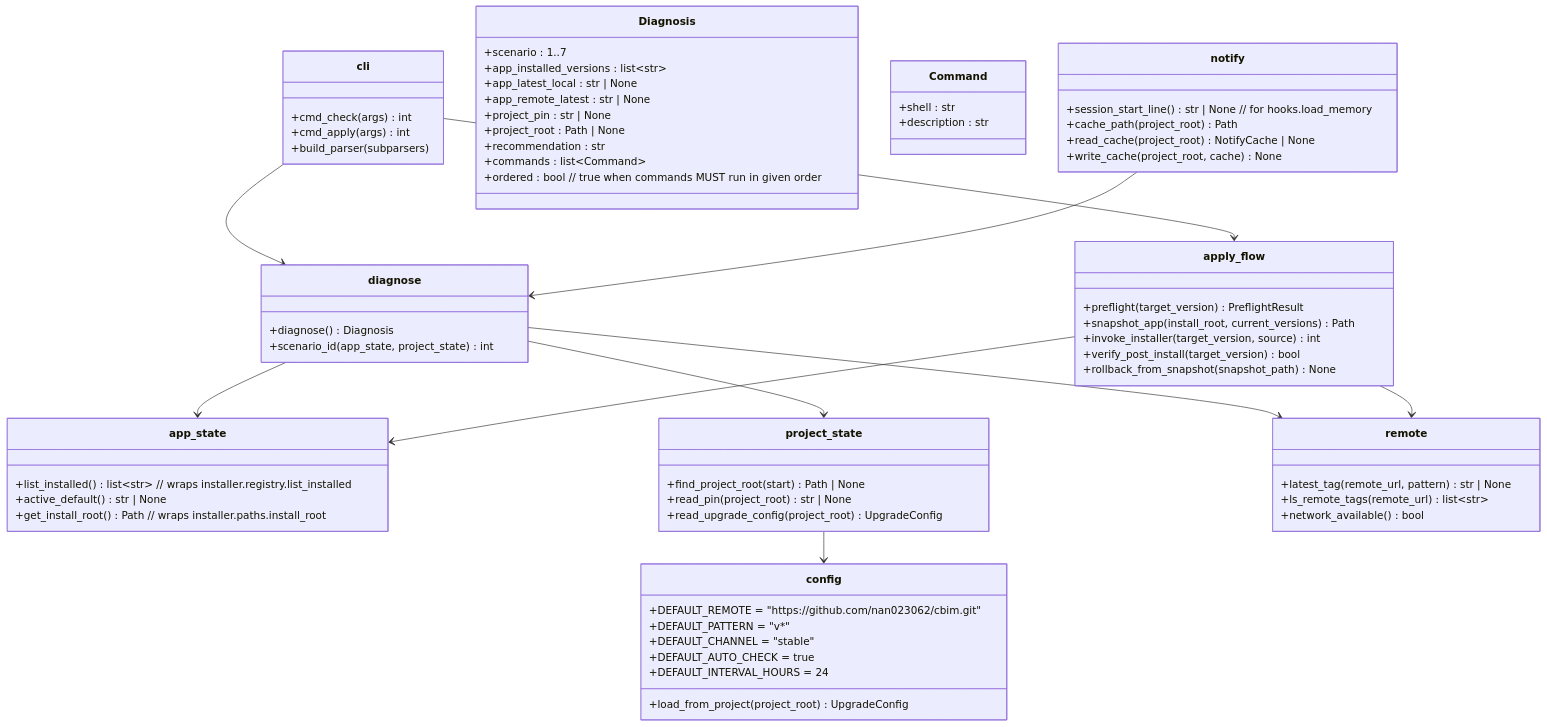
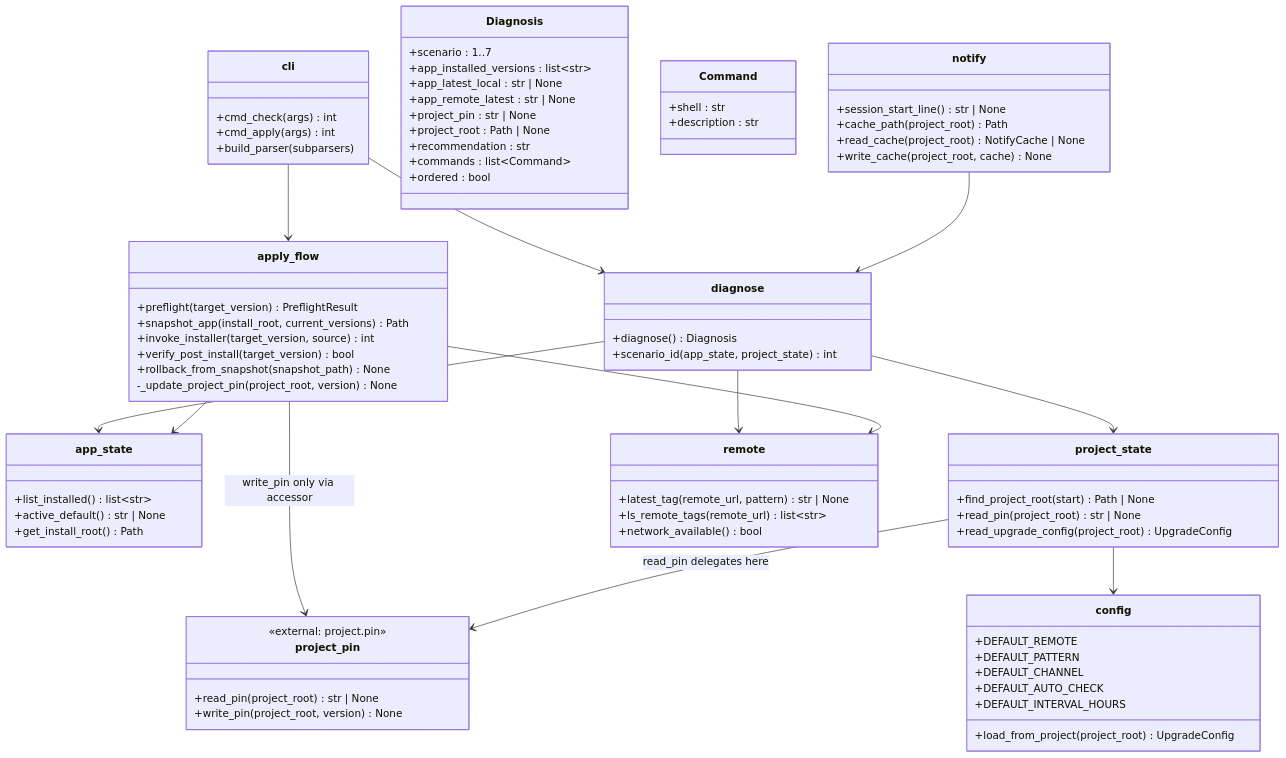
One commit to nan023062/agent-team-cc changed the diagram in v1/src/kernel/cbim_kernel/project/upgrade/.dna/module.md. Above: the diagram before and after it, drawn with Mermaid. The commit also changed other lines of this file and 11 other files, not shown here.

First line of the commit message:
release: v1.3.3 — extract project schema pin to .cbim/.pin

````diff
--- a/v1/src/kernel/cbim_kernel/project/upgrade/.dna/module.md
+++ b/v1/src/kernel/cbim_kernel/project/upgrade/.dna/module.md
@@ -15,73 +15,81 @@
 ```mermaid
 classDiagram
     class cli {
         +cmd_check(args) int
         +cmd_apply(args) int
         +build_parser(subparsers)
     }
     class diagnose {
         +diagnose() Diagnosis
         +scenario_id(app_state, project_state) int
     }
     class Diagnosis {
         +scenario : 1..7
         +app_installed_versions : list~str~
         +app_latest_local : str | None
         +app_remote_latest : str | None
         +project_pin : str | None
         +project_root : Path | None
         +recommendation : str
         +commands : list~Command~
-        +ordered : bool  // true when commands MUST run in given order
+        +ordered : bool
     }
     class Command {
         +shell : str
         +description : str
     }
     class app_state {
-        +list_installed() list~str~  // wraps installer.registry.list_installed
+        +list_installed() list~str~
         +active_default() str | None
-        +get_install_root() Path     // wraps installer.paths.install_root
+        +get_install_root() Path
     }
     class project_state {
         +find_project_root(start) Path | None
         +read_pin(project_root) str | None
         +read_upgrade_config(project_root) UpgradeConfig
+    }
+    class project_pin {
+        <<external: project.pin>>
+        +read_pin(project_root) str | None
+        +write_pin(project_root, version) None
     }
     class remote {
         +latest_tag(remote_url, pattern) str | None
         +ls_remote_tags(remote_url) list~str~
         +network_available() bool
     }
     class apply_flow {
         +preflight(target_version) PreflightResult
         +snapshot_app(install_root, current_versions) Path
         +invoke_installer(target_version, source) int
         +verify_post_install(target_version) bool
         +rollback_from_snapshot(snapshot_path) None
+        -_update_project_pin(project_root, version) None
     }
     class notify {
-        +session_start_line() str | None  // for hooks.load_memory
+        +session_start_line() str | None
         +cache_path(project_root) Path
         +read_cache(project_root) NotifyCache | None
         +write_cache(project_root, cache) None
     }
     class config {
-        +DEFAULT_REMOTE = "https://github.com/nan023062/cbim.git"
-        +DEFAULT_PATTERN = "v*"
-        +DEFAULT_CHANNEL = "stable"
-        +DEFAULT_AUTO_CHECK = true
-        +DEFAULT_INTERVAL_HOURS = 24
+        +DEFAULT_REMOTE
+        +DEFAULT_PATTERN
+        +DEFAULT_CHANNEL
+        +DEFAULT_AUTO_CHECK
+        +DEFAULT_INTERVAL_HOURS
         +load_from_project(project_root) UpgradeConfig
     }
 
     cli --> diagnose
     cli --> apply_flow
     diagnose --> app_state
     diagnose --> project_state
     diagnose --> remote
     apply_flow --> app_state
     apply_flow --> remote
+    apply_flow --> project_pin : write_pin only via accessor
+    project_state --> project_pin : read_pin delegates here
+    project_state --> config
     notify --> diagnose
-    project_state --> config
 ```
````
